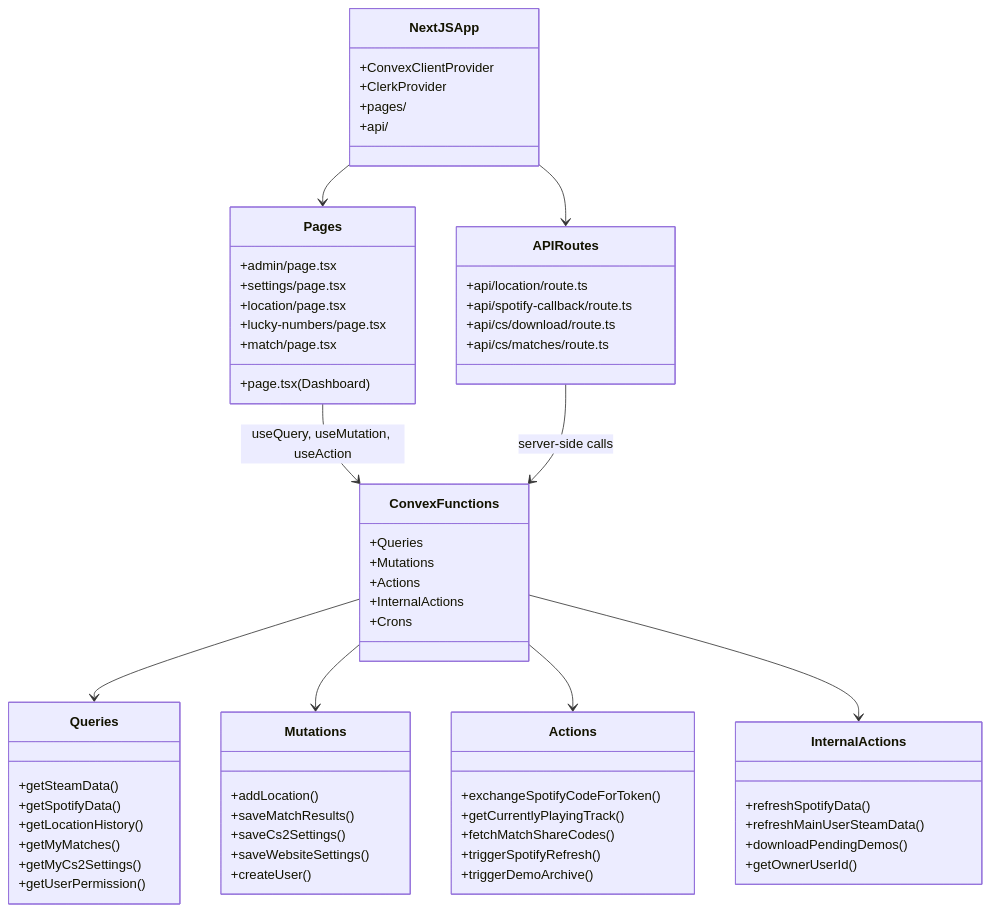
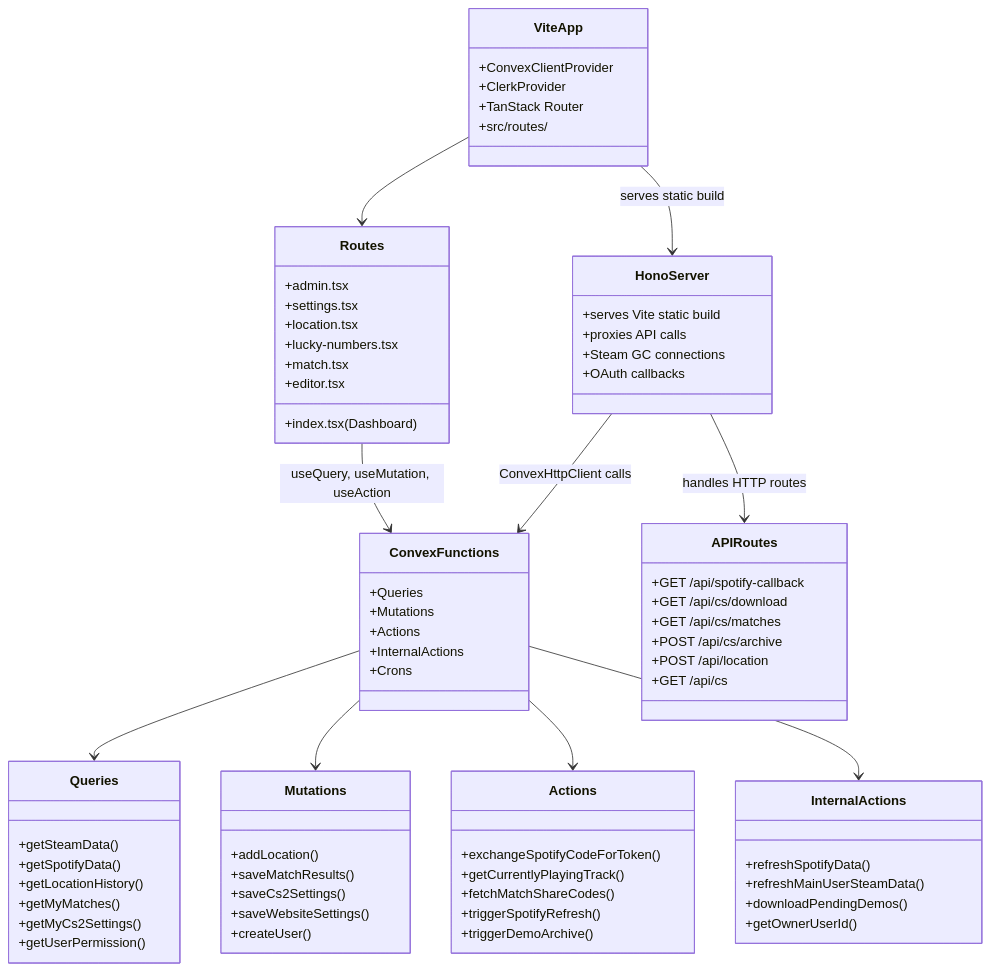
Before and after one commit to CarlosBueno99/bueno: diagram 21 of 25 in README.md, drawn with Mermaid. The commit also changed other lines of this file and 31 other files, not shown here.

Commit message:
rewrite in react(vite)+hono

````diff
--- a/README.md
+++ b/README.md
@@ -1093,26 +1133,29 @@
 ```mermaid
 classDiagram
-    class NextJSApp {
+    class ViteApp {
         +ConvexClientProvider
         +ClerkProvider
-        +pages/
-        +api/
+        +TanStack Router
+        +src/routes/
     }
 
-    class Pages {
-        +page.tsx (Dashboard)
-        +admin/page.tsx
-        +settings/page.tsx
-        +location/page.tsx
-        +lucky-numbers/page.tsx
-        +match/page.tsx
+    class Routes {
+        +index.tsx (Dashboard)
+        +admin.tsx
+        +settings.tsx
+        +location.tsx
+        +lucky-numbers.tsx
+        +match.tsx
+        +editor.tsx
     }
 
     class APIRoutes {
-        +api/location/route.ts
-        +api/spotify-callback/route.ts
-        +api/cs/download/route.ts
-        +api/cs/matches/route.ts
+        +GET /api/spotify-callback
+        +GET /api/cs/download
+        +GET /api/cs/matches
+        +POST /api/cs/archive
+        +POST /api/location
+        +GET /api/cs
     }
 
     class ConvexFunctions {
@@ -1155,10 +1198,18 @@
         +getOwnerUserId()
     }
 
-    NextJSApp --> Pages
-    NextJSApp --> APIRoutes
-    Pages --> ConvexFunctions : useQuery, useMutation, useAction
-    APIRoutes --> ConvexFunctions : server-side calls
+    class HonoServer {
+        +serves Vite static build
+        +proxies API calls
+        +Steam GC connections
+        +OAuth callbacks
+    }
+
+    ViteApp --> Routes
+    ViteApp --> HonoServer : serves static build
+    Routes --> ConvexFunctions : useQuery, useMutation, useAction
+    HonoServer --> ConvexFunctions : ConvexHttpClient calls
+    HonoServer --> APIRoutes : handles HTTP routes
     ConvexFunctions --> Queries
     ConvexFunctions --> Mutations
     ConvexFunctions --> Actions
````
